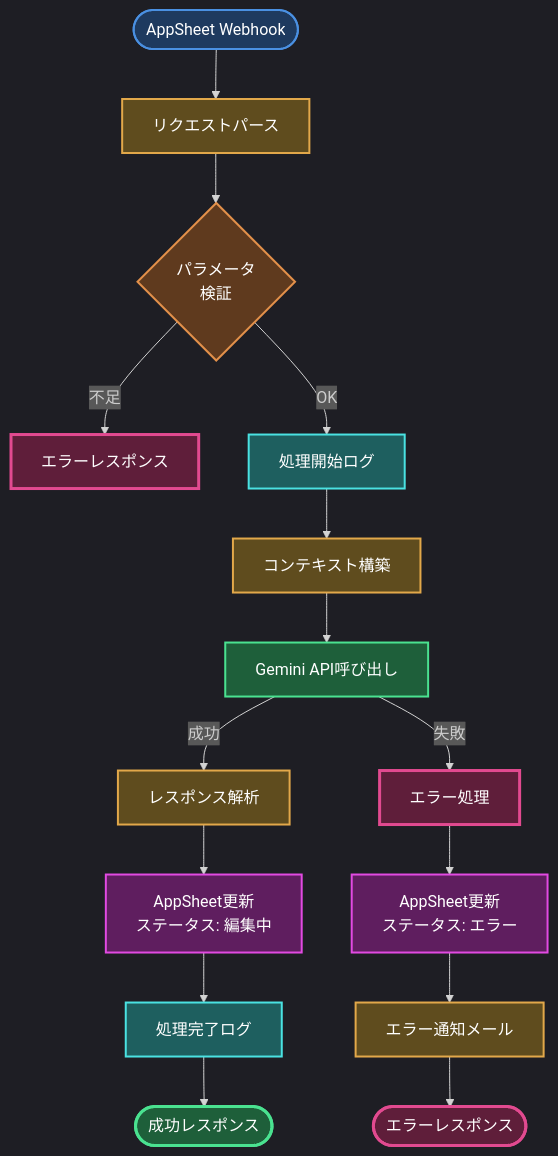
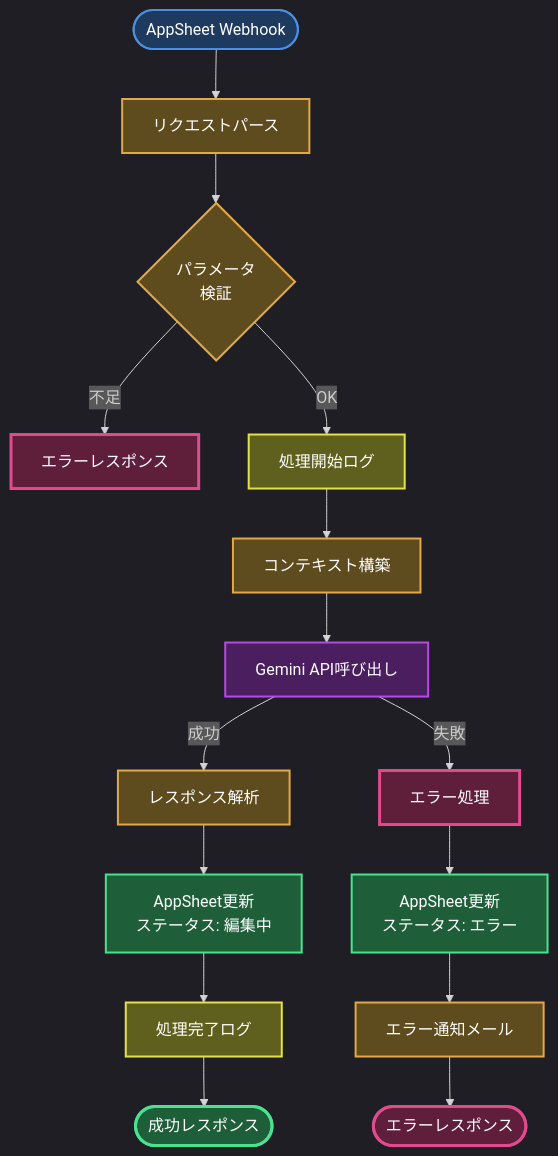
One commit to tasai-lab/appsheet-gas-automation changed the first of 5 diagrams in gas_projects/projects/nursing/Appsheet_訪問看護_報告書/FLOW.md. Above: the diagram before and after it, drawn with Mermaid. The commit also changed other lines of this file and 15 other files, not shown here.

First line of the commit message:
docs: FLOW.mdにダークモード対応配色を適用 - 全15プロジェクト完了

````diff
--- a/gas_projects/projects/nursing/Appsheet_訪問看護_報告書/FLOW.md
+++ b/gas_projects/projects/nursing/Appsheet_訪問看護_報告書/FLOW.md
@@ -7,32 +7,32 @@
 ```mermaid
 %%{init: {'theme':'dark'}}%%
 graph TB
     Start([AppSheet Webhook]):::webhook --> Parse[リクエストパース]:::process
     Parse --> Validate{パラメータ<br/>検証}:::decision
 
     Validate -->|不足| Error1[エラーレスポンス]:::error
     Validate -->|OK| Log1[処理開始ログ]:::log
 
     Log1 --> BuildContext[コンテキスト構築]:::process
     BuildContext --> CallGemini[Gemini API呼び出し]:::gemini
 
     CallGemini -->|成功| ParseResponse[レスポンス解析]:::process
     CallGemini -->|失敗| Error2[エラー処理]:::error
 
     ParseResponse --> UpdateSuccess[AppSheet更新<br/>ステータス: 編集中]:::appsheet
     UpdateSuccess --> Log2[処理完了ログ]:::log
     Log2 --> End([成功レスポンス]):::success
 
     Error2 --> UpdateError[AppSheet更新<br/>ステータス: エラー]:::appsheet
     UpdateError --> SendMail[エラー通知メール]:::process
     SendMail --> ErrorEnd([エラーレスポンス]):::error
 
-    classDef webhook fill:#1e3a5f,stroke:#4a90e2,stroke-width:2px,color:#fff
-    classDef process fill:#5f4c1e,stroke:#e2a84a,stroke-width:2px,color:#fff
-    classDef decision fill:#5f3a1e,stroke:#e2904a,stroke-width:2px,color:#fff
-    classDef gemini fill:#1e5f3a,stroke:#4ae290,stroke-width:2px,color:#fff
-    classDef appsheet fill:#5f1e5f,stroke:#e24ae2,stroke-width:2px,color:#fff
-    classDef log fill:#1e5f5f,stroke:#4ae2e2,stroke-width:2px,color:#fff
-    classDef success fill:#1e5f3a,stroke:#4ae290,stroke-width:3px,color:#fff
-    classDef error fill:#5f1e3a,stroke:#e24a90,stroke-width:3px,color:#fff
+    classDef webhook fill:#1e3a5f,stroke:#4a90e2,stroke-width:2px,color:#ffffff
+    classDef process fill:#5f4c1e,stroke:#e2a84a,stroke-width:2px,color:#ffffff
+    classDef decision fill:#5f4c1e,stroke:#e2a84a,stroke-width:2px,color:#ffffff
+    classDef gemini fill:#4a1e5f,stroke:#b84ae2,stroke-width:2px,color:#ffffff
+    classDef appsheet fill:#1e5f3a,stroke:#4ae290,stroke-width:2px,color:#ffffff
+    classDef log fill:#5f5f1e,stroke:#e2e24a,stroke-width:2px,color:#ffffff
+    classDef success fill:#1e5f3a,stroke:#4ae290,stroke-width:3px,color:#ffffff
+    classDef error fill:#5f1e3a,stroke:#e24a90,stroke-width:3px,color:#ffffff
 ```
````
